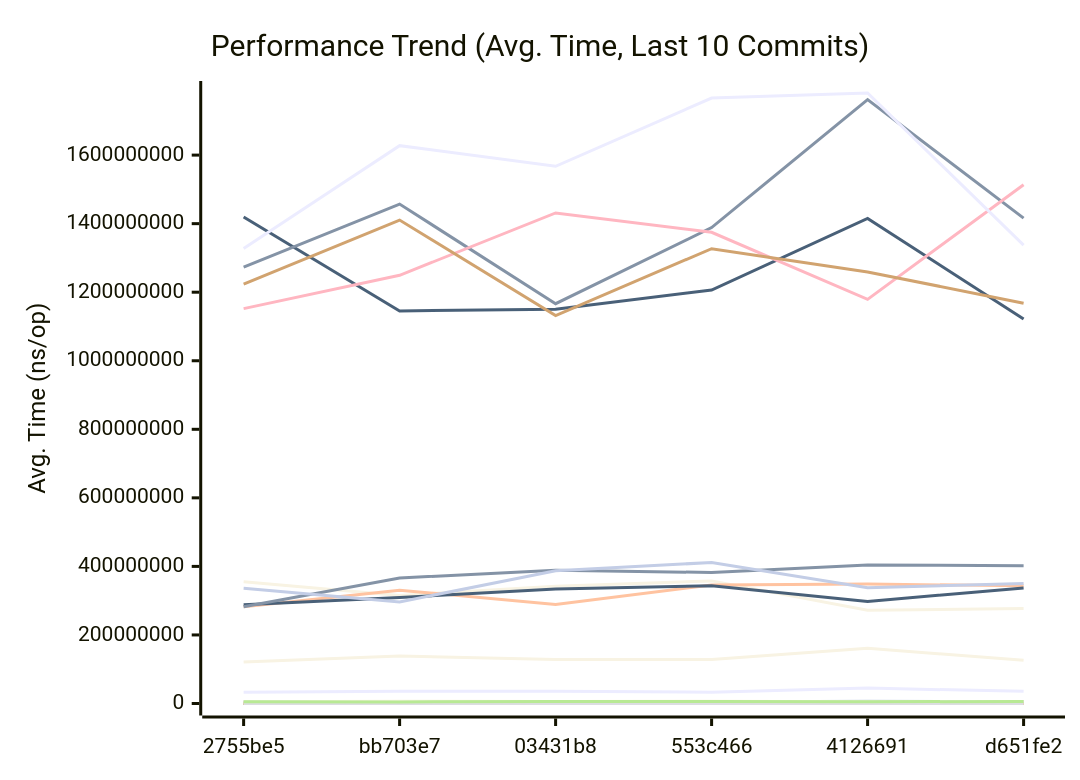
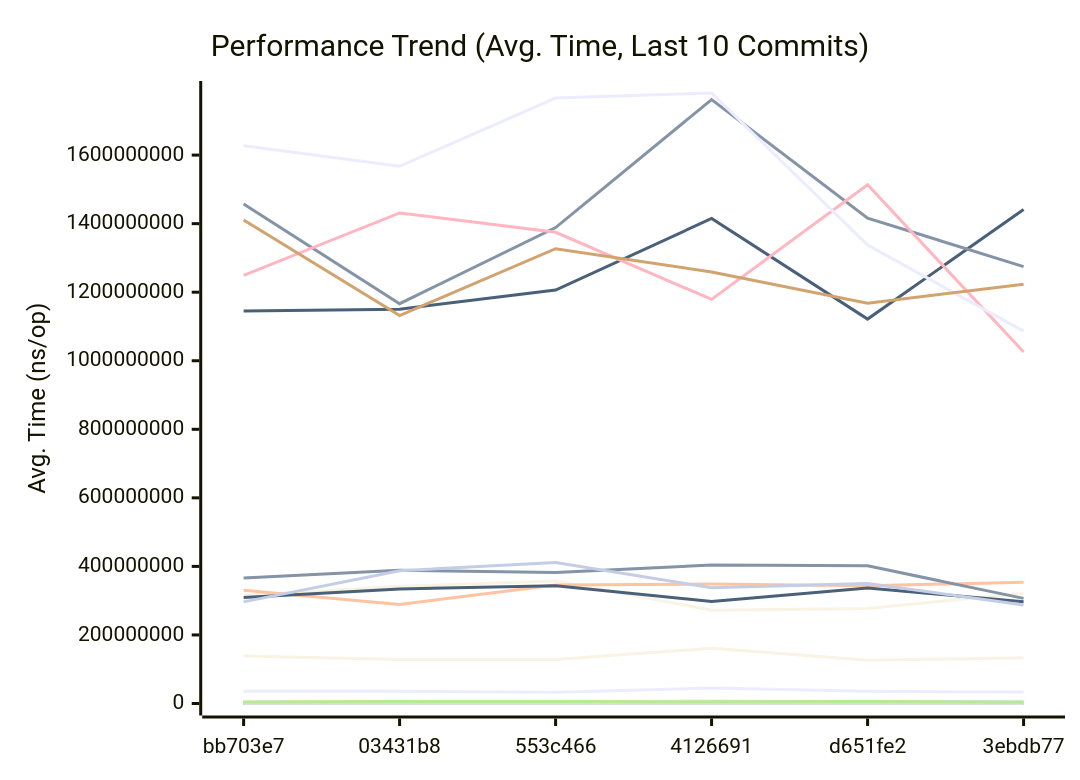
The first of 3 diagrams in docs/PERFORMANCE.md (alsotoes/momo), drawn with Mermaid before and after one commit. The commit also changed other lines of this file and 2 other files, not shown here.

````diff
--- a/docs/PERFORMANCE.md
+++ b/docs/PERFORMANCE.md
@@ -260,44 +260,44 @@
 ```mermaid
 xychart-beta
     title "Performance Trend (Avg. Time, Last 10 Commits)"
     x-axis "Commit"
     y-axis "Avg. Time (ns/op)"
-    x-axis [2755be5,bb703e7,03431b8,553c466,4126691,d651fe2]
-    line "AWSChunkedReaderSigned" [584439,539275,522839,619200,756300,663569,620161,606537,1043223,973548]
-    line "AWSChunkedReaderUnsigned" [611665,550355,604498,664009,703433,611889,631352,615450,1351997,1054695]
-    line "CheckMetricsAndSwap" [10,11,10,10,12,13,11,9,18,19]
-    line "CrushOptimized" [432,471,405,485,513,528,381,489,593,643]
-    line "CrushOriginal" [712,650,699,646,673,697,599,581,856,1307]
-    line "FormatListObjectsV2XML_AppendFormat" [799795,1039816,911991,1056478,1286421,1165434,922011,962696,2255056,1630321]
-    line "FormatListObjectsV2XML_OldFormat" [464905,458449,554255,545961,720703,674915,518253,488621,1103444,888288]
-    line "HashBytes/1MiB" [5064237,4383380,5547571,5240058,5525510,5093044,3747347,5123782,7575501,6664907]
-    line "HashBytes/256MiB" [1419279092,1145420213,1150583944,1206314796,1415065243,1121544781,1441434671,1284521850,2087994619,1563281181]
-    line "HashBytes/64MiB" [355000134,315394868,341933076,357748084,272405322,277104353,321801782,289844742,509860327,389285110]
-    line "HashFile/1MiB" [5747827,5999828,5183292,5520031,4909353,4510294,6901410,4299477,8227082,7078150]
-    line "HashFile/256MiB" [1273023822,1457159370,1166573869,1388569817,1761951053,1416186973,1274613971,1030231274,2135226775,1716532942]
-    line "HashFile/64MiB" [282613785,330397537,289173153,345945889,348425613,343417056,354037155,260223898,558613671,471436906]
-    line "IndexDirectTracking" [0,0,1,1,1,1,1,0,1,1]
-    line "IndexSearch" [4,3,3,4,4,4,4,4,5,4]
-    line "LastModifiedHeader_AppendFormat" [340,415,345,364,441,320,312,319,610,638]
-    line "LastModifiedHeader_Format" [398,514,394,431,520,582,394,406,812,695]
-    line "LoadGlobalConfig" [16366,13776,15095,13488,14097,14525,12164,12907,20187,22438]
-    line "LocalWrite/1MiB" [552166,778898,525512,577002,644852,573249,584326,612314,1771010,1395534]
-    line "LocalWrite/256MiB" [121284509,138380852,128601282,128702495,161190175,125958619,133440934,107404943,160392504,197917420]
-    line "LocalWrite/64MiB" [32531111,36029215,35542782,33119476,44891953,35402077,33399170,28308935,49166059,52341255]
-    line "PadString" [70,69,64,70,76,63,80,61,211,165]
+    x-axis [bb703e7,03431b8,553c466,4126691,d651fe2,3ebdb77]
+    line "AWSChunkedReaderSigned" [539275,522839,619200,756300,663569,620161,606537,1043223,973548,1455699]
+    line "AWSChunkedReaderUnsigned" [550355,604498,664009,703433,611889,631352,615450,1351997,1054695,1128789]
+    line "CheckMetricsAndSwap" [11,10,10,12,13,11,9,18,19,38]
+    line "CrushOptimized" [471,405,485,513,528,381,489,593,643,1042]
+    line "CrushOriginal" [650,699,646,673,697,599,581,856,1307,2029]
+    line "FormatListObjectsV2XML_AppendFormat" [1039816,911991,1056478,1286421,1165434,922011,962696,2255056,1630321,4600271]
+    line "FormatListObjectsV2XML_OldFormat" [458449,554255,545961,720703,674915,518253,488621,1103444,888288,1357791]
+    line "HashBytes/1MiB" [4383380,5547571,5240058,5525510,5093044,3747347,5123782,7575501,6664907,7640824]
+    line "HashBytes/256MiB" [1145420213,1150583944,1206314796,1415065243,1121544781,1441434671,1284521850,2087994619,1563281181,2308810918]
+    line "HashBytes/64MiB" [315394868,341933076,357748084,272405322,277104353,321801782,289844742,509860327,389285110,629622654]
+    line "HashFile/1MiB" [5999828,5183292,5520031,4909353,4510294,6901410,4299477,8227082,7078150,8690518]
+    line "HashFile/256MiB" [1457159370,1166573869,1388569817,1761951053,1416186973,1274613971,1030231274,2135226775,1716532942,2281655194]
+    line "HashFile/64MiB" [330397537,289173153,345945889,348425613,343417056,354037155,260223898,558613671,471436906,655531538]
+    line "IndexDirectTracking" [0,1,1,1,1,1,0,1,1,1]
+    line "IndexSearch" [3,3,4,4,4,4,4,5,4,5]
+    line "LastModifiedHeader_AppendFormat" [415,345,364,441,320,312,319,610,638,744]
+    line "LastModifiedHeader_Format" [514,394,431,520,582,394,406,812,695,1046]
+    line "LoadGlobalConfig" [13776,15095,13488,14097,14525,12164,12907,20187,22438,33068]
+    line "LocalWrite/1MiB" [778898,525512,577002,644852,573249,584326,612314,1771010,1395534,1103659]
+    line "LocalWrite/256MiB" [138380852,128601282,128702495,161190175,125958619,133440934,107404943,160392504,197917420,272351029]
+    line "LocalWrite/64MiB" [36029215,35542782,33119476,44891953,35402077,33399170,28308935,49166059,52341255,56218123]
+    line "PadString" [69,64,70,76,63,80,61,211,165,205]
     line "ParseReplicationOrder_NoPrealloc" [350,349,357,354,345,225,229,165,232,234]
     line "ParseReplicationOrder_Prealloc" [229,231,237,234,229,108,107,80,110,109]
-    line "Placement" [7344,6922,7453,7406,7040,7327,6313,6933,8102,10527]
-    line "PlacementDomainSpread" [7236,7465,7811,7868,7303,7101,6619,8426,8684,11049]
-    line "ReadVerify/1MiB" [3970325,4753309,4723356,4600918,6614208,4999715,4807436,3448579,5630820,6689386]
-    line "ReadVerify/256MiB" [1152182050,1249327431,1431247520,1374887457,1179131329,1513480600,1025626350,1253185341,1738129398,1830120119]
-    line "ReadVerify/64MiB" [288365836,309264832,334268234,343492740,297878657,337113294,296627981,281005831,374198113,432795151]
-    line "S3PutSpool/1MiB" [5066289,6659391,6179992,6697030,5335678,5117449,4156487,6430516,9117398,9491833]
-    line "S3PutSpool/256MiB" [1327631659,1627622695,1567298391,1766547568,1781197744,1337418784,1086529024,1304364707,2406472426,2428268969]
-    line "S3PutSpool/64MiB" [282251478,366146558,388891982,382189999,404192768,401720115,306669378,354128133,528507413,651666227]
-    line "SanitizeLog/Safe" [386,270,283,316,423,332,390,316,623,639]
-    line "SanitizeLog/Unsafe" [1163,1016,1039,1170,1356,1050,1036,1076,2180,2105]
-    line "TrustedRead/1MiB" [4848751,4607932,6032847,6124228,5111302,5878450,3751975,4741810,8367879,7463250]
-    line "TrustedRead/256MiB" [1223453299,1410403058,1131933188,1326976357,1259207320,1168045663,1223117446,1462605918,2173767229,2433008029]
-    line "TrustedRead/64MiB" [336501521,296487000,387555406,411444369,337664579,350083685,287609190,397868130,540269082,591536062]
+    line "Placement" [6922,7453,7406,7040,7327,6313,6933,8102,10527,25580]
+    line "PlacementDomainSpread" [7465,7811,7868,7303,7101,6619,8426,8684,11049,18437]
+    line "ReadVerify/1MiB" [4753309,4723356,4600918,6614208,4999715,4807436,3448579,5630820,6689386,12183182]
+    line "ReadVerify/256MiB" [1249327431,1431247520,1374887457,1179131329,1513480600,1025626350,1253185341,1738129398,1830120119,2276631953]
+    line "ReadVerify/64MiB" [309264832,334268234,343492740,297878657,337113294,296627981,281005831,374198113,432795151,533889680]
+    line "S3PutSpool/1MiB" [6659391,6179992,6697030,5335678,5117449,4156487,6430516,9117398,9491833,12330195]
+    line "S3PutSpool/256MiB" [1627622695,1567298391,1766547568,1781197744,1337418784,1086529024,1304364707,2406472426,2428268969,2647654672]
+    line "S3PutSpool/64MiB" [366146558,388891982,382189999,404192768,401720115,306669378,354128133,528507413,651666227,681227498]
+    line "SanitizeLog/Safe" [270,283,316,423,332,390,316,623,639,645]
+    line "SanitizeLog/Unsafe" [1016,1039,1170,1356,1050,1036,1076,2180,2105,3077]
+    line "TrustedRead/1MiB" [4607932,6032847,6124228,5111302,5878450,3751975,4741810,8367879,7463250,9671314]
+    line "TrustedRead/256MiB" [1410403058,1131933188,1326976357,1259207320,1168045663,1223117446,1462605918,2173767229,2433008029,3228071339]
+    line "TrustedRead/64MiB" [296487000,387555406,411444369,337664579,350083685,287609190,397868130,540269082,591536062,961059323]
 ```
````
